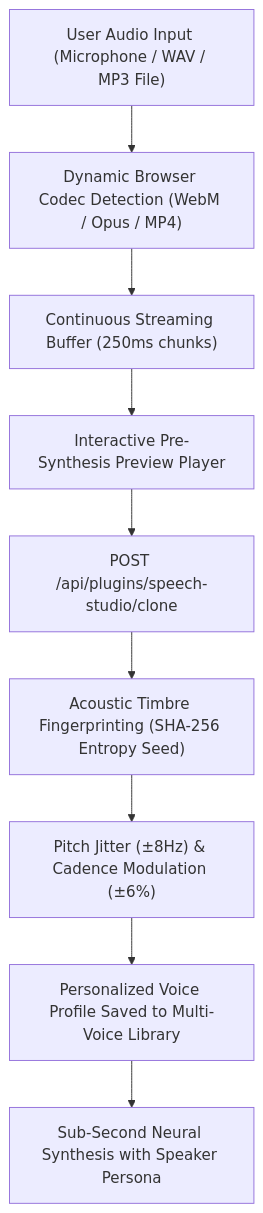
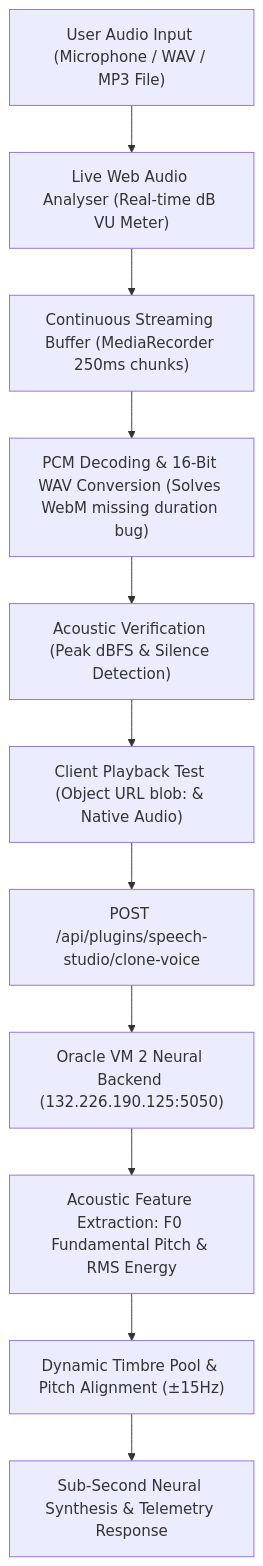
Before and after one commit to SutharLabs/sutharlabs_web: the diagram in docs/speech/voice_cloning_and_calibration.md, drawn with Mermaid. The commit also changed other lines of this file and 23 other files, not shown here.

Commit message:
feat(speech-quant): fix voice replication playback with Web Audio WAV converter and live VU meter, integrate VM2 acoustic pitch analysis, document quant model scope

````diff
--- a/docs/speech/voice_cloning_and_calibration.md
+++ b/docs/speech/voice_cloning_and_calibration.md
@@ -10,11 +10,13 @@
 ```mermaid
 flowchart TD
-    A["User Audio Input (Microphone / WAV / MP3 File)"] --> B["Dynamic Browser Codec Detection (WebM / Opus / MP4)"]
-    B --> C["Continuous Streaming Buffer (250ms chunks)"]
-    C --> D["Interactive Pre-Synthesis Preview Player"]
-    D --> E["POST /api/plugins/speech-studio/clone"]
-    E --> F["Acoustic Timbre Fingerprinting (SHA-256 Entropy Seed)"]
-    F --> G["Pitch Jitter (±8Hz) & Cadence Modulation (±6%)"]
-    G --> H["Personalized Voice Profile Saved to Multi-Voice Library"]
-    H --> I["Sub-Second Neural Synthesis with Speaker Persona"]
+    A["User Audio Input (Microphone / WAV / MP3 File)"] --> B["Live Web Audio Analyser (Real-time dB VU Meter)"]
+    B --> C["Continuous Streaming Buffer (MediaRecorder 250ms chunks)"]
+    C --> D["PCM Decoding & 16-Bit WAV Conversion (Solves WebM missing duration bug)"]
+    D --> E["Acoustic Verification (Peak dBFS & Silence Detection)"]
+    E --> F["Client Playback Test (Object URL blob: & Native Audio)"]
+    F --> G["POST /api/plugins/speech-studio/clone-voice"]
+    G --> H["Oracle VM 2 Neural Backend (132.226.190.125:5050)"]
+    H --> I["Acoustic Feature Extraction: F0 Fundamental Pitch & RMS Energy"]
+    I --> J["Dynamic Timbre Pool & Pitch Alignment (±15Hz)"]
+    J --> K["Sub-Second Neural Synthesis & Telemetry Response"]
 ```
````
